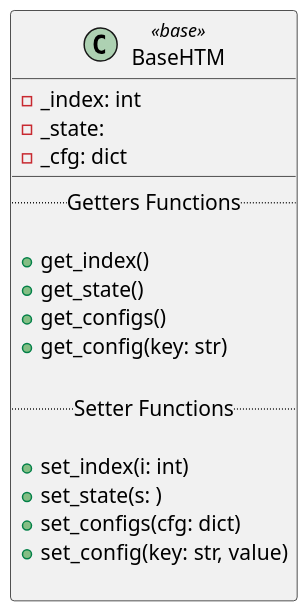
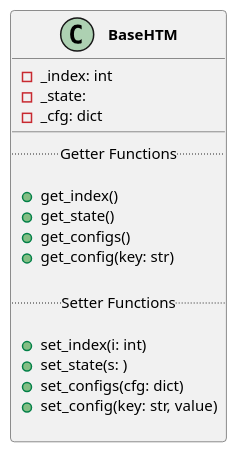
The diagram in _assets/class_basehtm.puml (mrkrynmdsco/htm-python), drawn with PlantUML before and after one commit. The commit also changed 1 other file, not shown here.

Commit message:
Added spatial pooler activity diagram

```diff
--- a/_assets/class_basehtm.puml
+++ b/_assets/class_basehtm.puml
@@ -2,23 +2,31 @@
 @startuml BaseHTM
 scale 1.5
-class BaseHTM << base >>{
+skinparam class {
+    borderColor DimGray
+    fontName Roboto
+    fontStyle bold
+    attributeFontName Ubuntu Mono
+    attributeFontSize 10
+}
+
+class BaseHTM {
     -_index: int
     -_state: 
     -_cfg: dict
     __
-    .. Getters Functions ..
+    .. Getter Functions ..
     
     +get_index()
     +get_state()
     +get_configs()
     +get_config(key: str)
 
     .. Setter Functions ..
     
     +set_index(i: int)
     +set_state(s: )
     +set_configs(cfg: dict)
     +set_config(key: str, value)
 
 }
 @enduml
```
